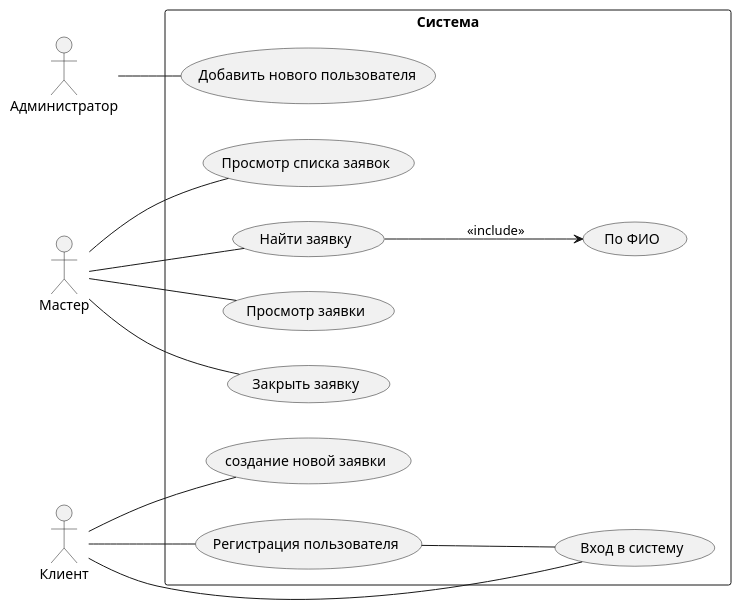
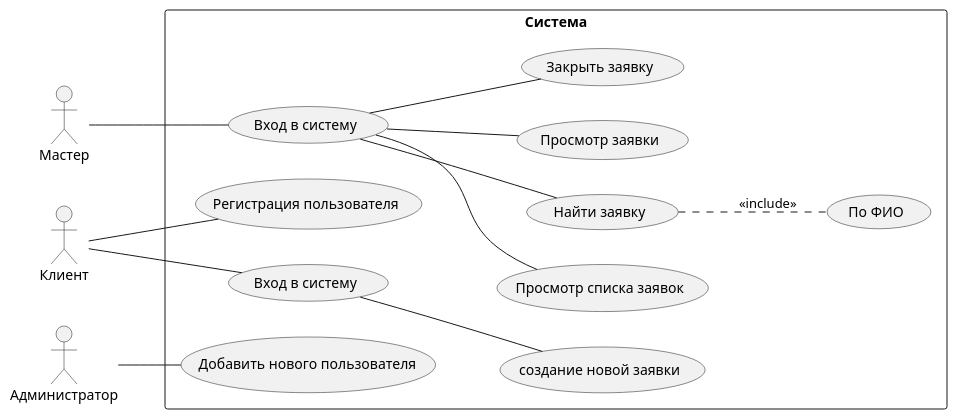
Before and after one commit to KostinNikita130481406/lab2GIT: the diagram in docs/uml - diogram.puml, drawn with PlantUML. The commit also changed 5 other files, not shown here.

```diff
--- a/docs/uml - diogram.puml
+++ b/docs/uml - diogram.puml
@@ -1,32 +1,38 @@
 @startuml
 left to right direction
 skinparam packageStyle rectangle
 actor "Мастер" as Master
 actor "Клиент" as Client
 actor "Администратор" as Admin
 
 package "Система" {
 
     usecase "Просмотр списка заявок" as UC_Viewing_list_application
     usecase "Найти заявку" as UC_Find_application
     usecase "Просмотр заявки" as UC_Viewing_application
     usecase "Закрыть заявку" as US_closing_application
     usecase "По ФИО" as US_Name
+    usecase "Вход в систему" as input_System
+
 
     usecase "Регистрация пользователя" as US_Registr
     usecase "Вход в систему" as US_Enter_sistem
     usecase "создание новой заявки" as US_newzayavka
     usecase "Добавить нового пользователя" as US_New_client
 }
-Master -- UC_Viewing_list_application
-Master -- UC_Find_application
-Master -- UC_Viewing_application
-Master -- US_closing_application
-UC_Find_application --> US_Name:<<include>>
+input_System -- UC_Viewing_list_application
+input_System -- UC_Find_application
+input_System -- UC_Viewing_application
+input_System -- US_closing_application
+UC_Find_application .. US_Name:<<include>>
+Master -- input_System
+
+
+
+
 
 Client -- US_Registr
-US_Registr -- US_Enter_sistem
 Client -- US_Enter_sistem
-Client -- US_newzayavka
+US_Enter_sistem -- US_newzayavka
 Admin -- US_New_client
 @end
```
